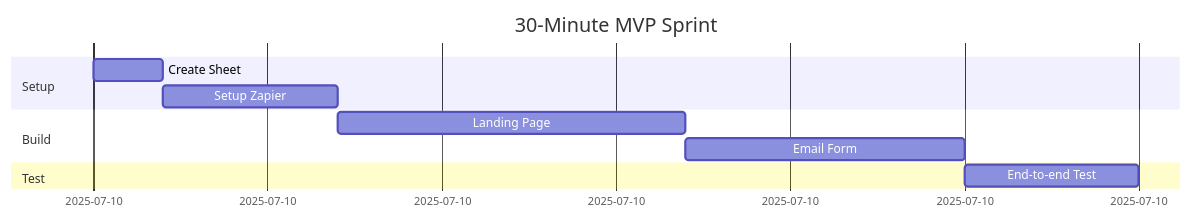
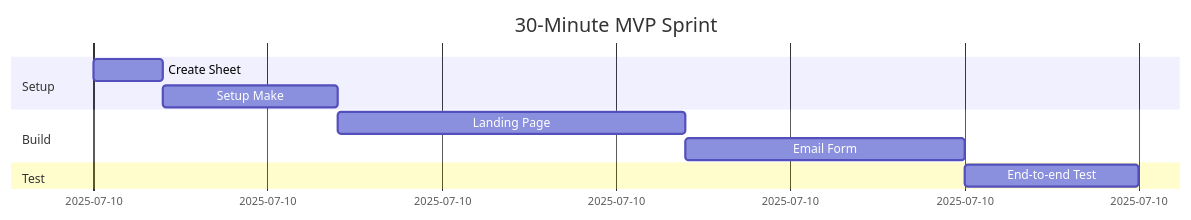
One commit to Flying-Pig-Labs/idea-to-app-workshop changed the eighth of 11 diagrams in steps/2-sketch.md. Above: the diagram before and after it, drawn with Mermaid. The commit also changed other lines of this file and 3 other files, not shown here.

````diff
--- a/steps/2-sketch.md
+++ b/steps/2-sketch.md
@@ -619,13 +619,13 @@
 ```mermaid
 gantt
     title 30-Minute MVP Sprint
     dateFormat mm:ss
     section Setup
     Create Sheet     :00:00, 2m
-    Setup Zapier     :02:00, 5m
+    Setup Make       :02:00, 5m
     section Build
     Landing Page     :07:00, 10m
     Email Form       :17:00, 8m
     section Test
     End-to-end Test  :25:00, 5m
 ```
````
